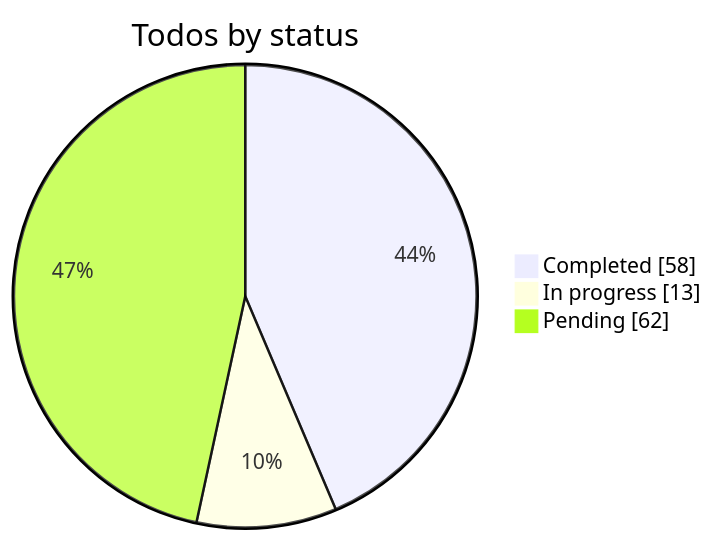
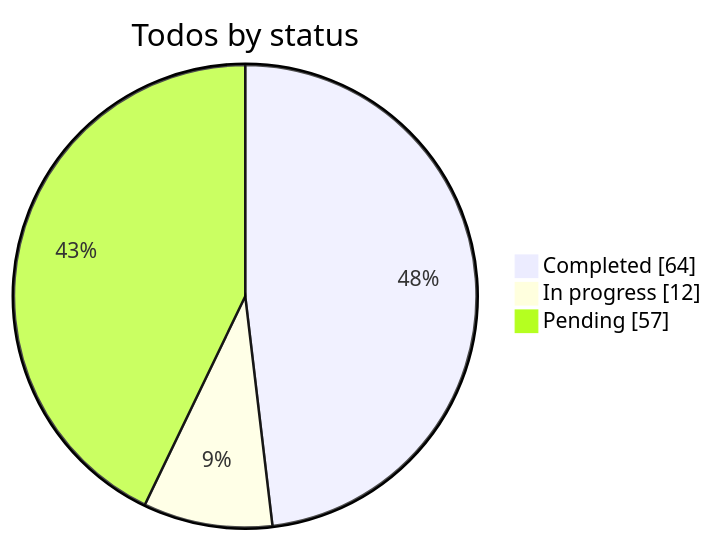
One commit to KantaPaul/next-cms changed the diagram in .cursor/plans/custom_builder_engine_refs.plan.md. Above: the diagram before and after it, drawn with Mermaid. The commit also changed other lines of this file and 15 other files, not shown here.

````diff
--- a/.cursor/plans/custom_builder_engine_refs.plan.md
+++ b/.cursor/plans/custom_builder_engine_refs.plan.md
@@ -427,6 +427,6 @@
 ```mermaid
 pie showData title Todos by status
-  "Completed" : 58
-  "In progress" : 13
-  "Pending" : 62
+  "Completed" : 64
+  "In progress" : 12
+  "Pending" : 57
 ```
````
